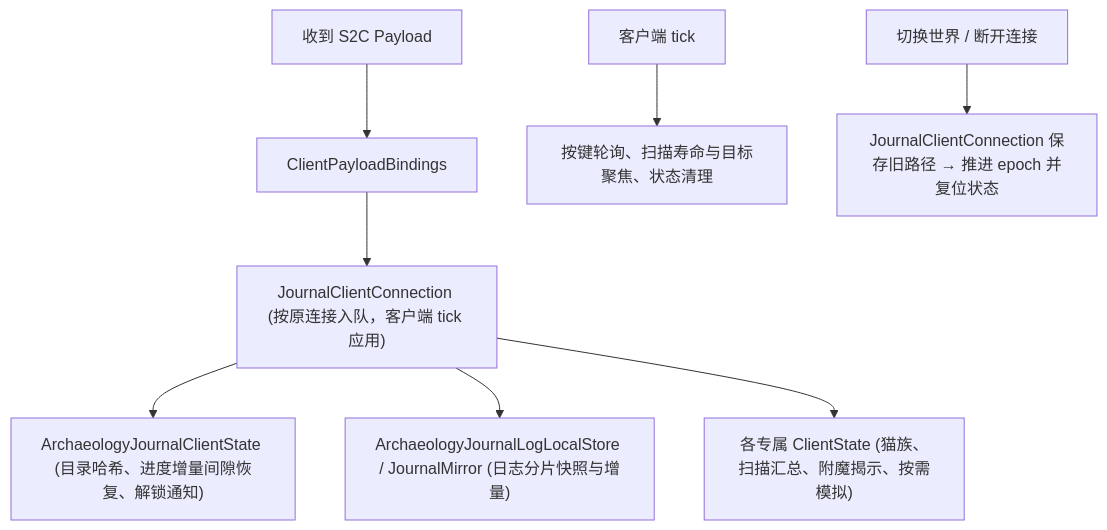
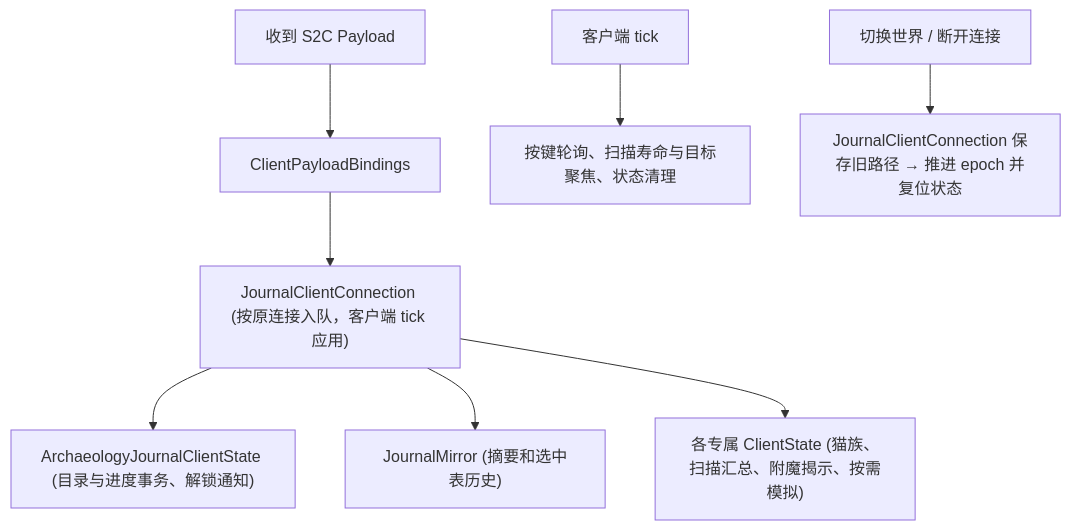
One commit to meteoritel/unsuspicious-block changed the second of 2 diagrams in docs/dev/subsystems/client-ui.md. Above: the diagram before and after it, drawn with Mermaid. The commit also changed other lines of this file and 78 other files, not shown here.

````diff
--- a/docs/dev/subsystems/client-ui.md
+++ b/docs/dev/subsystems/client-ui.md
@@ -36,10 +36,10 @@
 ```mermaid
 flowchart TD
     S2C["收到 S2C Payload"] --> Bind["ClientPayloadBindings"]
     Bind --> Conn["JournalClientConnection (按原连接入队，客户端 tick 应用)"]
-    Conn --> JState["ArchaeologyJournalClientState (目录哈希、进度增量间隙恢复、解锁通知)"]
-    Conn --> LState["ArchaeologyJournalLogLocalStore / JournalMirror (日志分片快照与增量)"]
+    Conn --> JState["ArchaeologyJournalClientState (目录与进度事务、解锁通知)"]
+    Conn --> LState["JournalMirror (摘要和选中表历史)"]
     Conn --> OState["各专属 ClientState (猫族、扫描汇总、附魔揭示、按需模拟)"]
     Tick["客户端 tick"] --> Work["按键轮询、扫描寿命与目标聚焦、状态清理"]
     Disc["切换世界 / 断开连接"] --> Reset["JournalClientConnection 保存旧路径 → 推进 epoch 并复位状态"]
 ```
````
